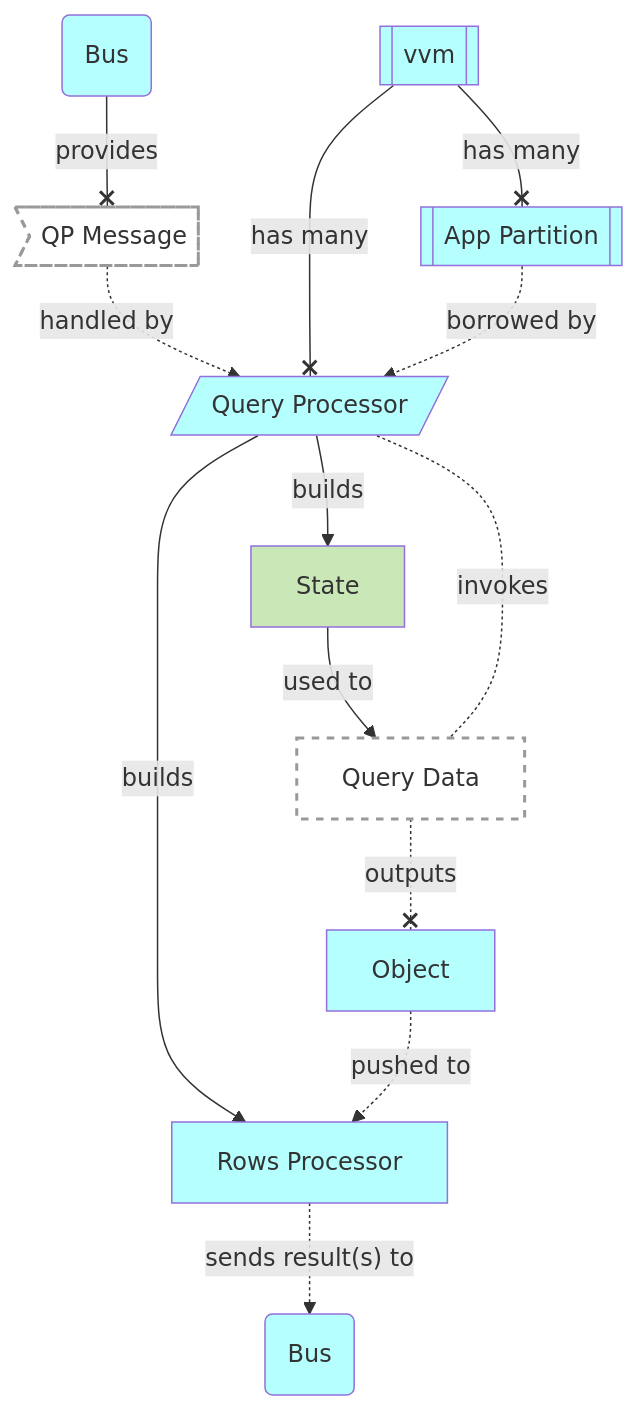
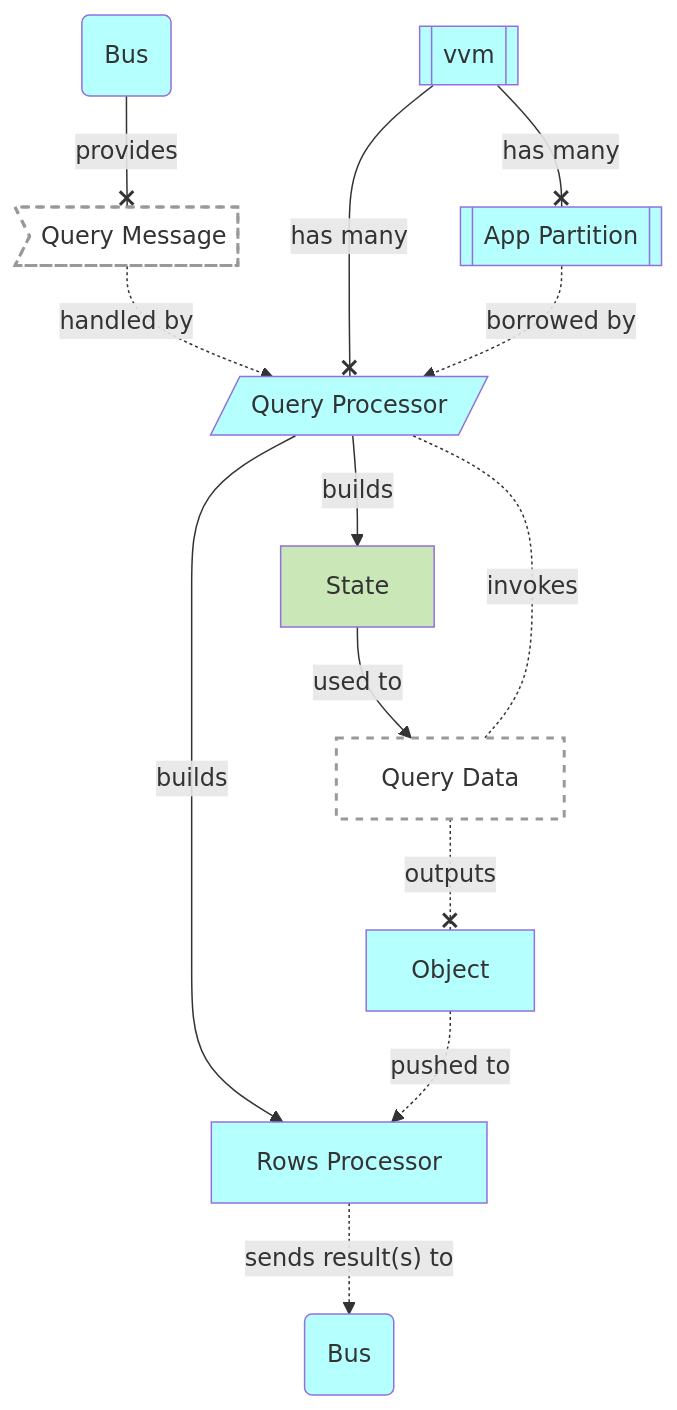
One commit to voedger/voedger-internals changed the first of 5 diagrams in server/design/qp.md. Above: the diagram before and after it, drawn with Mermaid. The commit also changed other lines of this file, not shown here.

````diff
--- a/server/design/qp.md
+++ b/server/design/qp.md
@@ -5,33 +5,33 @@
 ```mermaid
 flowchart
 bus(Bus):::S
 bus2(Bus):::S
-qpMessage>QP Message]:::G
+qpMessage>Query Message]:::G
 qp[/Query Processor/]:::S
 vvm[[vvm]]:::S
 appPartition[[App Partition]]:::S
 rp[Rows Processor]:::S
 objects[Object]:::S
 queryData[Query Data]:::G
 state[State]:::H
 
 %% Relations ======================
 vvm --x |has many|qp
 vvm --x |has many|appPartition
 bus --x |provides|qpMessage
 qpMessage -.-> |handled by|qp
 appPartition -.-> |borrowed by|qp
 qp --> |builds|rp
 qp --> |builds|state
 state --> |used to|queryData
 qp -.- |invokes|queryData
 queryData -.-x |outputs|objects
 objects -.-> |pushed to|rp
 rp -.-> |"sends result(s) to"|bus2
 
 %% Styles ====================
 classDef B fill:#FFFFB5,color:#333
 classDef S fill:#B5FFFF,color:#333
 classDef H fill:#C9E7B7,color:#333
 classDef G fill:#ffffff15, stroke:#999, stroke-width:2px, stroke-dasharray: 5 5
 ```
````
